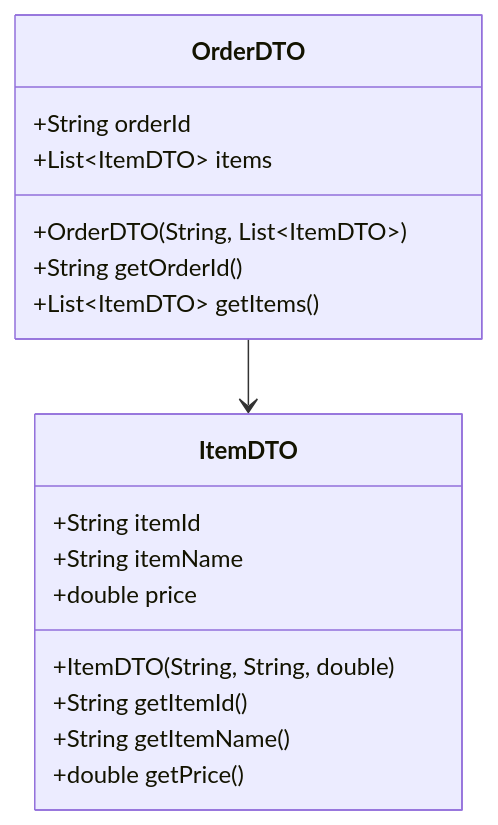
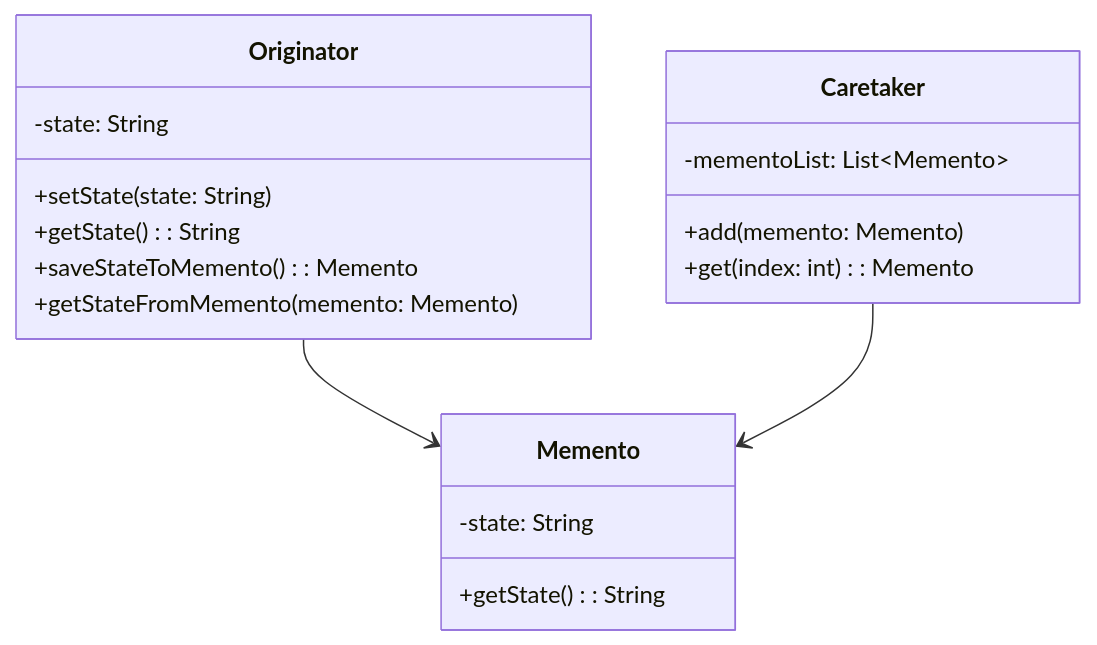
Before and after one commit to MasteryEducation/SoftwarePatternsLexicon.com: the diagram in content/patterns-java/8/7/1/index.md, drawn with Mermaid. The commit also changed other lines of this file and 883 other files, not shown here.

````diff
--- a/content/patterns-java/8/7/1/index.md
+++ b/content/patterns-java/8/7/1/index.md
@@ -141,22 +49,24 @@
 ```mermaid
 classDiagram
-    class OrderDTO {
-        +String orderId
-        +List~ItemDTO~ items
-        +OrderDTO(String, List~ItemDTO~)
-        +String getOrderId()
-        +List~ItemDTO~ getItems()
+    class Originator {
+        -state: String
+        +setState(state: String)
+        +getState(): String
+        +saveStateToMemento(): Memento
+        +getStateFromMemento(memento: Memento)
     }
     
-    class ItemDTO {
-        +String itemId
-        +String itemName
-        +double price
-        +ItemDTO(String, String, double)
-        +String getItemId()
-        +String getItemName()
-        +double getPrice()
+    class Memento {
+        -state: String
+        +getState(): String
     }
     
-    OrderDTO --> ItemDTO
+    class Caretaker {
+        -mementoList: List~Memento~
+        +add(memento: Memento)
+        +get(index: int): Memento
+    }
+    
+    Originator --> Memento
+    Caretaker --> Memento
 ```
````
